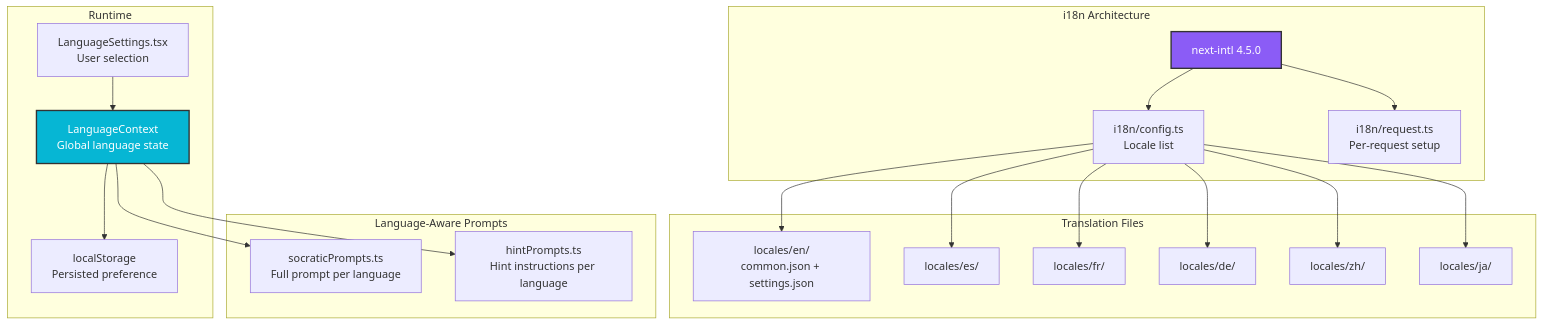
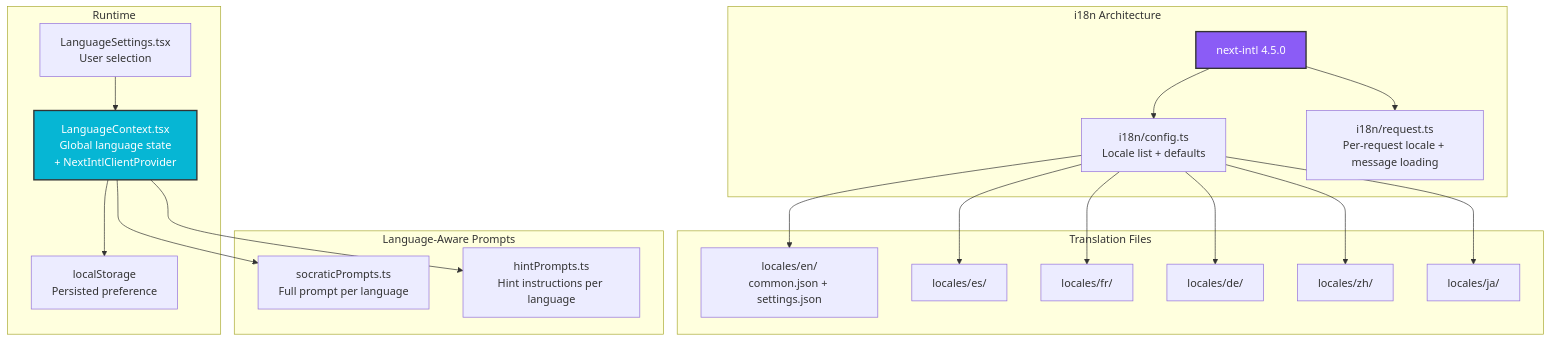
Before and after one commit to Rhoahndur/Gandalf: diagram 13 of 18 in architecture.md, drawn with Mermaid. The commit also changed other lines of this file and 1 other file, not shown here.

````diff
--- a/architecture.md
+++ b/architecture.md
@@ -471,45 +562,45 @@
 ```mermaid
 graph TB
     subgraph "i18n Architecture"
         NextIntl["next-intl 4.5.0"]
-        Config["i18n/config.ts<br/>Locale list"]
-        Request["i18n/request.ts<br/>Per-request setup"]
+        Config["i18n/config.ts<br/>Locale list + defaults"]
+        Request["i18n/request.ts<br/>Per-request locale + message loading"]
     end
 
     subgraph "Translation Files"
         EN["locales/en/<br/>common.json + settings.json"]
         ES["locales/es/"]
         FR["locales/fr/"]
         DE["locales/de/"]
         ZH["locales/zh/"]
         JA["locales/ja/"]
     end
 
     subgraph "Language-Aware Prompts"
         SocraticPrompts["socraticPrompts.ts<br/>Full prompt per language"]
         HintPrompts["hintPrompts.ts<br/>Hint instructions per language"]
     end
 
     subgraph "Runtime"
-        LangContext["LanguageContext<br/>Global language state"]
+        LangContext["LanguageContext.tsx<br/>Global language state<br/>+ NextIntlClientProvider"]
         Settings["LanguageSettings.tsx<br/>User selection"]
         LocalStorage["localStorage<br/>Persisted preference"]
     end
 
     NextIntl --> Config
     NextIntl --> Request
     Config --> EN
     Config --> ES
     Config --> FR
     Config --> DE
     Config --> ZH
     Config --> JA
 
     Settings --> LangContext
     LangContext --> LocalStorage
     LangContext --> SocraticPrompts
     LangContext --> HintPrompts
 
     style NextIntl fill:#8b5cf6,stroke:#333,stroke-width:2px,color:#fff
     style LangContext fill:#06b6d4,stroke:#333,stroke-width:2px,color:#fff
 ```
````
